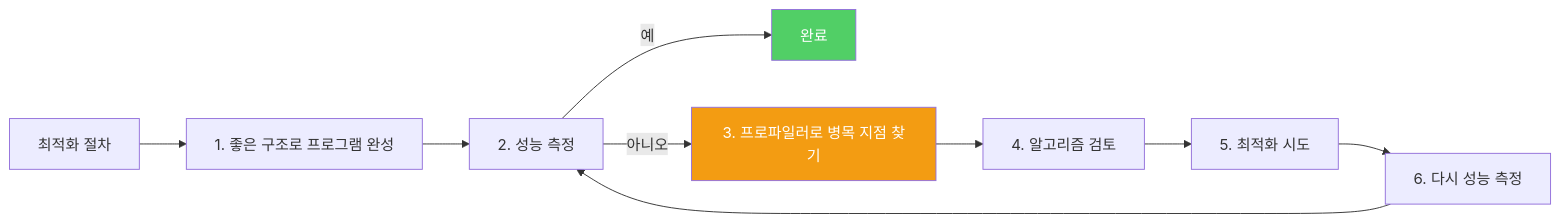
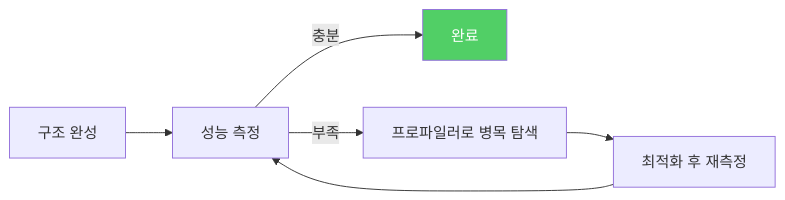
Before and after one commit to yjkim2015/yjkim2015.github.io: the diagram in _posts/java/2022-02-13-effective-java67.md, drawn with Mermaid. The commit also changed 163 other files, not shown here.

First line of the commit message:
Mermaid 300개 블록 내용 축소: 5노드 5엣지 이하, 의미 있는 약어

````diff
--- a/_posts/java/2022-02-13-effective-java67.md
+++ b/_posts/java/2022-02-13-effective-java67.md
@@ -76,13 +76,9 @@
 ```mermaid
 graph LR
-    A["최적화 절차"] --> B["1. 좋은 구조로 프로그램 완성"]
-    B --> C["2. 성능 측정"]
-    C -- 예 --> D["완료"]
-    C -- 아니오 --> E["3. 프로파일러로 병목 지점 찾기"]
-    E --> F["4. 알고리즘 검토"]
-    F --> G["5. 최적화 시도"]
-    G --> H["6. 다시 성능 측정"]
-    H --> C
-    style D fill:#51cf66,color:#fff
-    style E fill:#f39c12,color:#fff
+    A["구조 완성"] --> B["성능 측정"]
+    B -->|"충분"| C["완료"]
+    B -->|"부족"| D["프로파일러로 병목 탐색"]
+    D --> E["최적화 후 재측정"]
+    E --> B
+    style C fill:#51cf66,color:#fff
 ```
````
